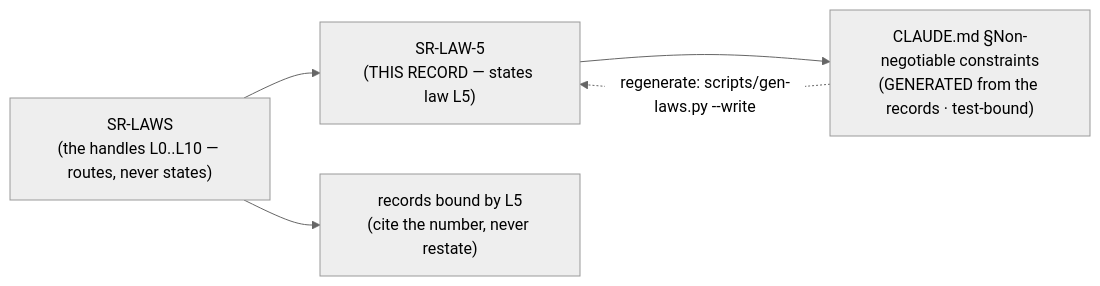
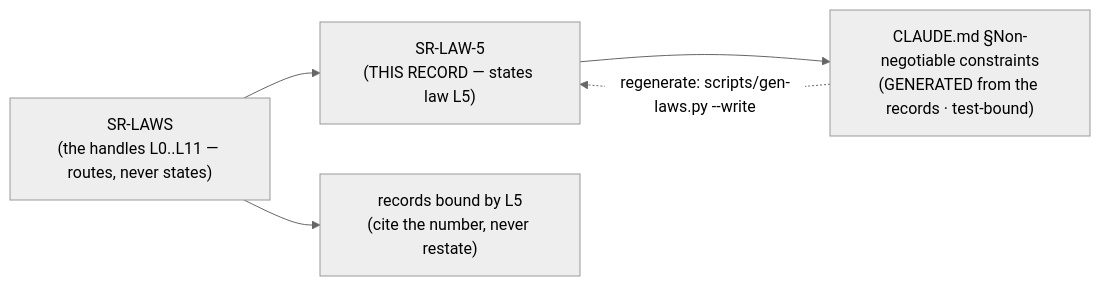
Before and after one commit to arpitarya/fux: the diagram in records/0007_LAW-5-hashed-meta.md, drawn with Mermaid (neutral theme). The commit also changed other lines of this file and 366 other files, not shown here.

````diff
--- a/records/0007_LAW-5-hashed-meta.md
+++ b/records/0007_LAW-5-hashed-meta.md
@@ -44,11 +44,11 @@
 ```mermaid
 flowchart LR
     R["SR-LAW-5<br/>(THIS RECORD — states law L5)"]
-    N["SR-LAWS<br/>(the handles L0..L10 — routes, never states)"]
+    N["SR-LAWS<br/>(the handles L0..L11 — routes, never states)"]
     C["CLAUDE.md §Non-negotiable constraints<br/>(GENERATED from the records · test-bound)"]
     B["records bound by L5<br/>(cite the number, never restate)"]
     R --> C
     N --> R
     N --> B
     C -. "regenerate: scripts/gen-laws.py --write" .-> R
 ```
````
